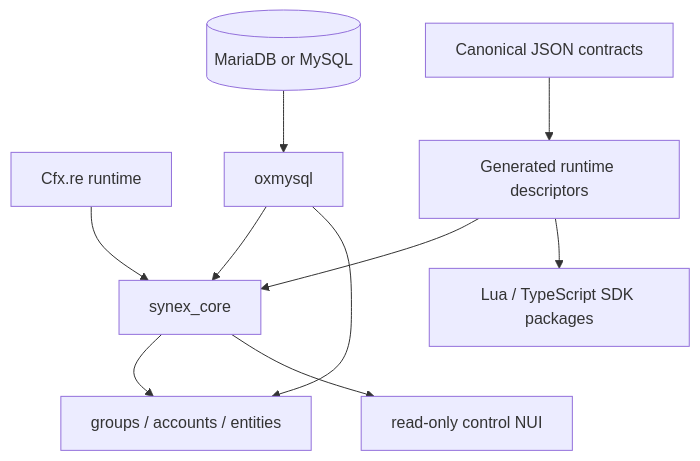
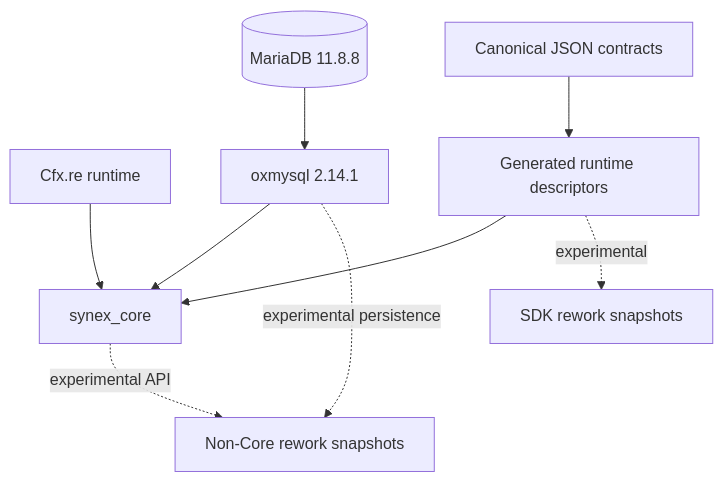
The diagram in docs/architecture/README.md (PixelGG/Synex_Framework), drawn with Mermaid before and after one commit. The commit also changed other lines of this file and 64 other files, not shown here.

````diff
--- a/docs/architecture/README.md
+++ b/docs/architecture/README.md
@@ -16,12 +18,11 @@
 ```mermaid
 flowchart TD
     CFX[Cfx.re runtime] --> CORE[synex_core]
-    DB[(MariaDB or MySQL)] --> OX[oxmysql]
+    DB[(MariaDB 11.8.8)] --> OX[oxmysql 2.14.1]
     OX --> CORE
-    OX --> FOUNDATION[groups / accounts / entities]
     CONTRACTS[Canonical JSON contracts] --> GENERATED[Generated runtime descriptors]
     GENERATED --> CORE
-    GENERATED --> SDK[Lua / TypeScript SDK packages]
-    CORE --> FOUNDATION
-    CORE --> CONTROL[read-only control NUI]
+    GENERATED -. experimental .-> SDK[SDK rework snapshots]
+    CORE -. experimental API .-> REWORK[Non-Core rework snapshots]
+    OX -. experimental persistence .-> REWORK
 ```
````
